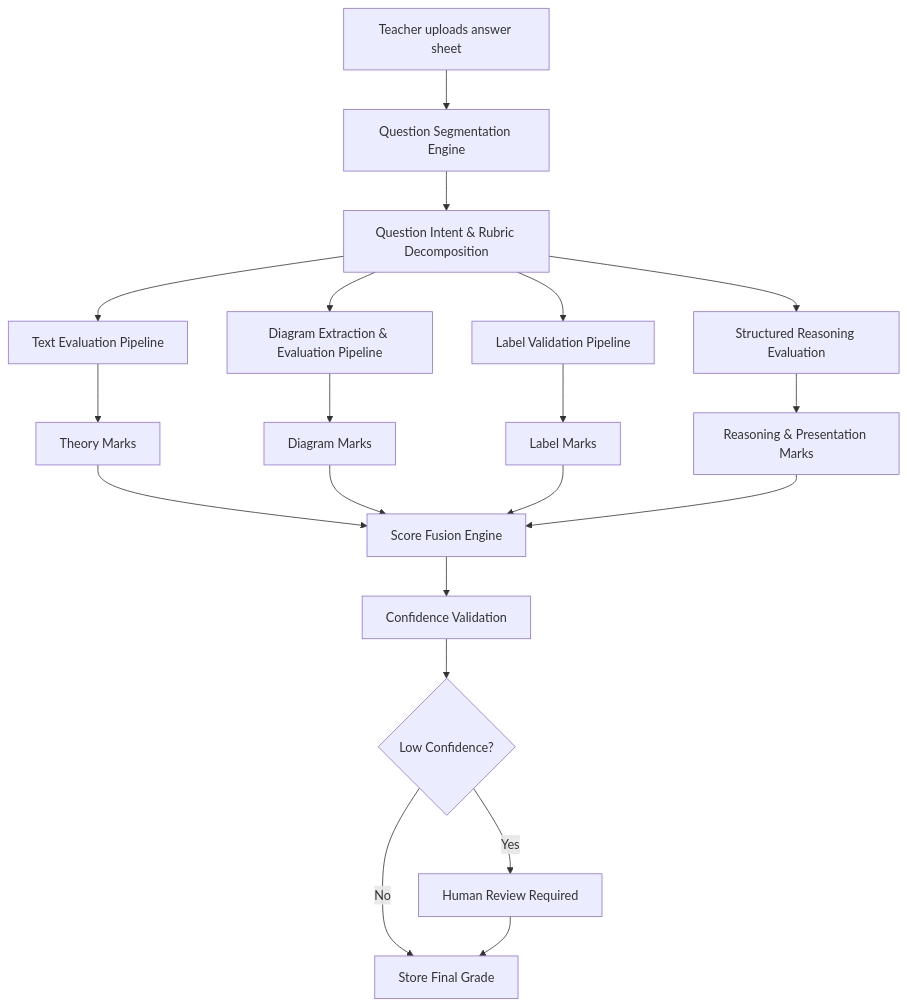
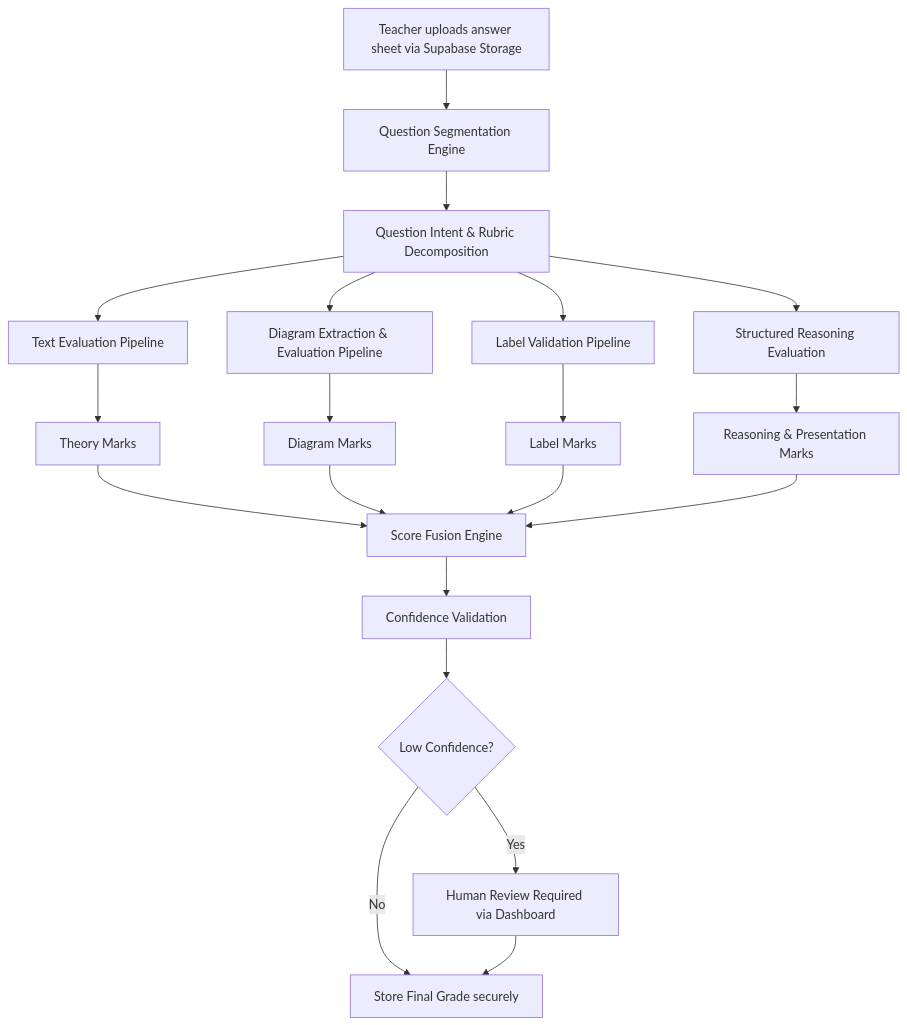
Before and after one commit to OzymorLab/OzymorLab-Frontend: the diagram in README.md, drawn with Mermaid. The commit also changed other lines of this file, not shown here.

````diff
--- a/README.md
+++ b/README.md
@@ -114,42 +69,42 @@
 ```mermaid
 graph TD
-    A[Teacher uploads answer sheet]
+    A[Teacher uploads answer sheet via Supabase Storage]
 
     A --> B[Question Segmentation Engine]
 
     B --> C[Question Intent & Rubric Decomposition]
 
     C --> D[Text Evaluation Pipeline]
 
     C --> E[Diagram Extraction & Evaluation Pipeline]
 
     C --> F[Label Validation Pipeline]
 
     C --> G[Structured Reasoning Evaluation]
 
     D --> H[Theory Marks]
 
     E --> I[Diagram Marks]
 
     F --> J[Label Marks]
 
     G --> K[Reasoning & Presentation Marks]
 
     H --> L[Score Fusion Engine]
 
     I --> L
 
     J --> L
 
     K --> L
 
     L --> M[Confidence Validation]
 
     M --> N{Low Confidence?}
 
-    N -->|Yes| O[Human Review Required]
+    N -->|Yes| O[Human Review Required via Dashboard]
 
-    N -->|No| P[Store Final Grade]
+    N -->|No| P[Store Final Grade securely]
 
     O --> P
 ```
````
